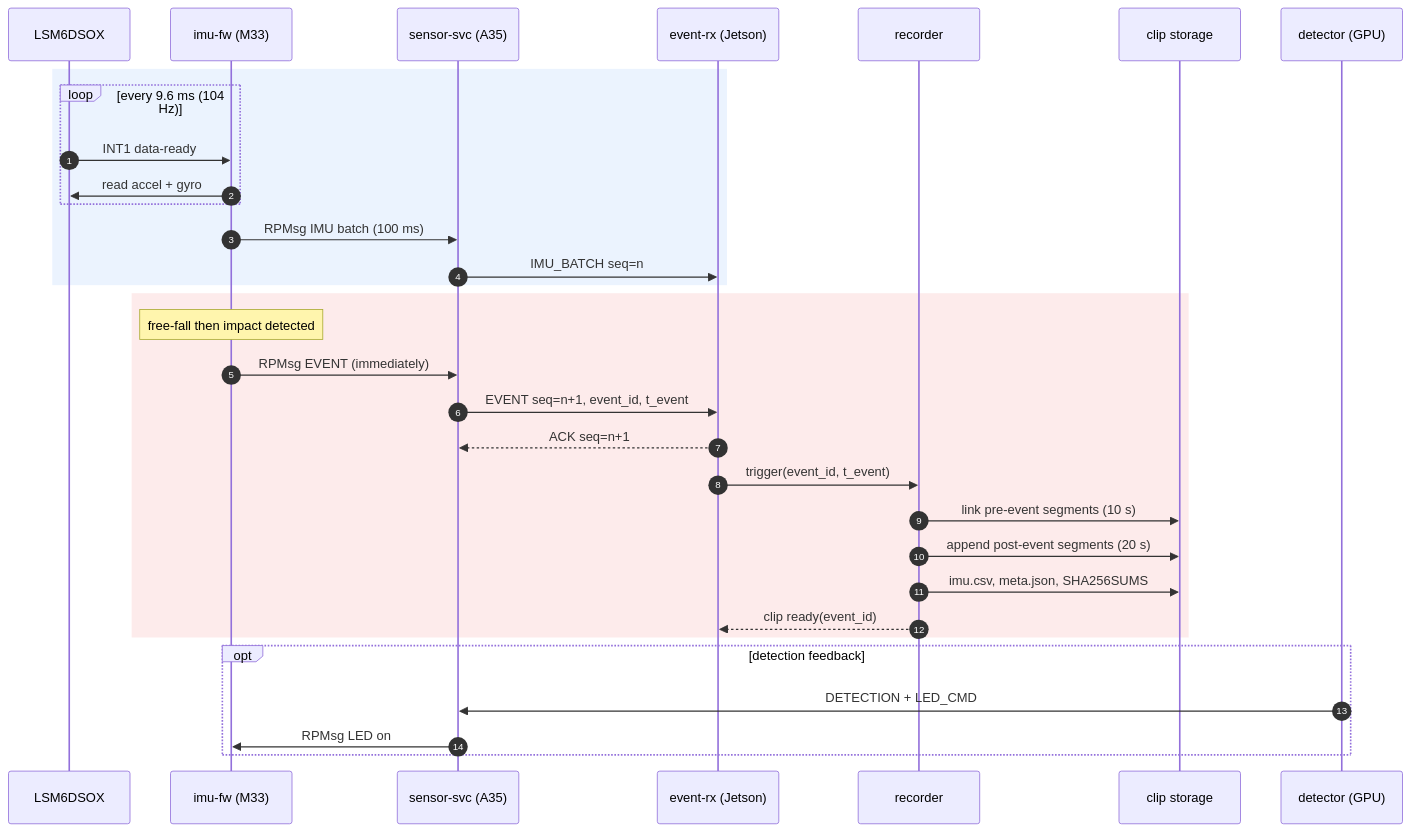
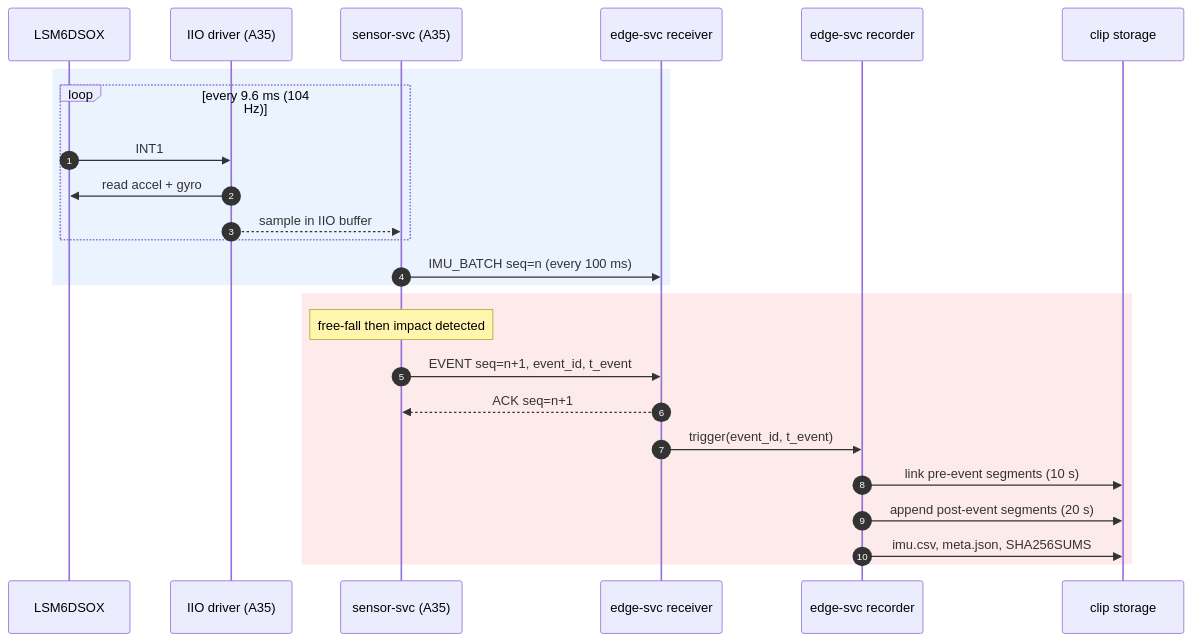
Before and after one commit to KaithanNguyen/embedded-linux-roadmap: the fifth of 7 diagrams in projects/stm32mp257f-dk_jetson-nano/README.md, drawn with Mermaid. The commit also changed other lines of this file and 28 other files, not shown here.

````diff
--- a/projects/stm32mp257f-dk_jetson-nano/README.md
+++ b/projects/stm32mp257f-dk_jetson-nano/README.md
@@ -163,34 +200,27 @@
 ```mermaid
 sequenceDiagram
   autonumber
   participant IMU as LSM6DSOX
-  participant FW as imu-fw (M33)
+  participant DRV as IIO driver (A35)
   participant SVC as sensor-svc (A35)
-  participant RX as event-rx (Jetson)
-  participant REC as recorder
+  participant RX as edge-svc receiver
+  participant REC as edge-svc recorder
   participant ST as clip storage
-  participant DET as detector (GPU)
   rect rgba(66, 133, 244, 0.10)
     loop every 9.6 ms (104 Hz)
-      IMU->>FW: INT1 data-ready
-      FW->>IMU: read accel + gyro
+      IMU->>DRV: INT1
+      DRV->>IMU: read accel + gyro
+      DRV-->>SVC: sample in IIO buffer
     end
-    FW->>SVC: RPMsg IMU batch (100 ms)
-    SVC->>RX: IMU_BATCH seq=n
+    SVC->>RX: IMU_BATCH seq=n (every 100 ms)
   end
   rect rgba(229, 62, 62, 0.10)
-    Note over FW: free-fall then impact detected
-    FW->>SVC: RPMsg EVENT (immediately)
+    Note over SVC: free-fall then impact detected
     SVC->>RX: EVENT seq=n+1, event_id, t_event
     RX-->>SVC: ACK seq=n+1
     RX->>REC: trigger(event_id, t_event)
     REC->>ST: link pre-event segments (10 s)
     REC->>ST: append post-event segments (20 s)
     REC->>ST: imu.csv, meta.json, SHA256SUMS
-    REC-->>RX: clip ready(event_id)
-  end
-  opt detection feedback
-    DET->>SVC: DETECTION + LED_CMD
-    SVC->>FW: RPMsg LED on
   end
 ```
````
